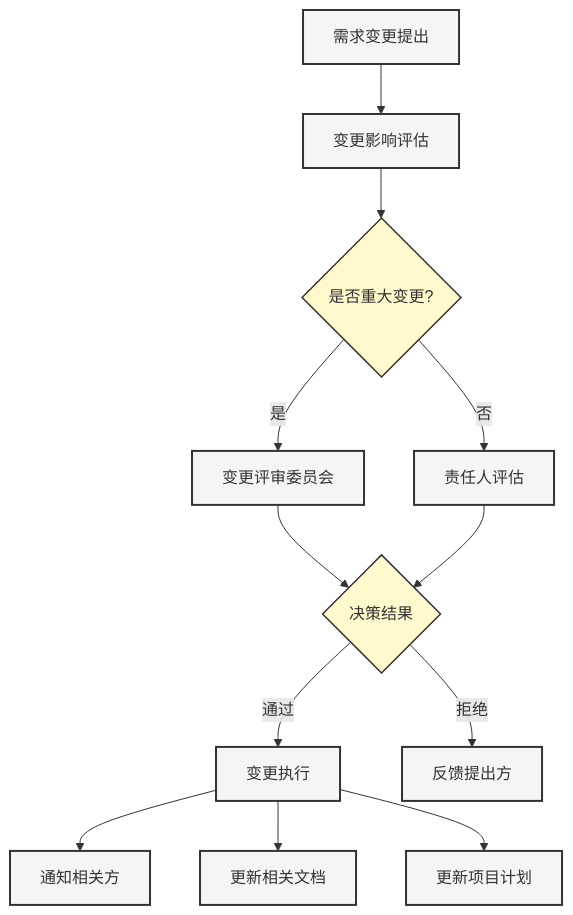
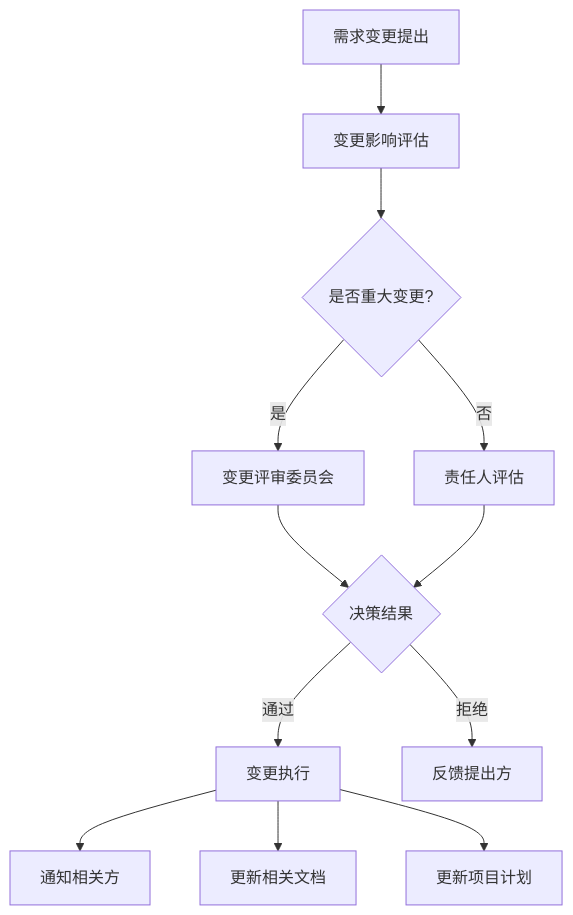
Before and after one commit to Taskon-xyz/PR: the tenth of 11 diagrams in 开发流程图.md, drawn with Mermaid. The commit also changed other lines of this file and 2 other files, not shown here.

````diff
--- a/开发流程图.md
+++ b/开发流程图.md
@@ -276,22 +177,15 @@
 ```mermaid
 graph TD
-    classDef processNode fill:#f5f5f5,stroke:#333,stroke-width:2px,color:#333
-    classDef decisionNode fill:#fffacd,stroke:#333,stroke-width:1.5px
-    classDef actionNode fill:#e6f7ff,stroke:#333,stroke-width:1px
+    A[需求变更提出] --> B[变更影响评估]
+    B --> C{是否重大变更?}
+    C -->|是| D[变更评审委员会]
+    C -->|否| E[责任人评估]
+    D --> F{决策结果}
+    E --> F
+    F -->|通过| G[变更执行]
+    F -->|拒绝| H[反馈提出方]
     
-    A["需求变更提出"] --> B["变更影响评估"]
-    B --> C{"是否重大变更?"}
-    C -->|是| D["变更评审委员会"]
-    C -->|否| E["责任人评估"]
-    D --> F{"决策结果"}
-    E --> F
-    F -->|通过| G["变更执行"]
-    F -->|拒绝| H["反馈提出方"]
-    
-    G --> I["通知相关方"]
-    G --> J["更新相关文档"]
-    G --> K["更新项目计划"]
-    
-    class A,B,D,E,G,H,I,J,K processNode
-    class C,F decisionNode
+    G --> I[通知相关方]
+    G --> J[更新相关文档]
+    G --> K[更新项目计划]
 ```
````
